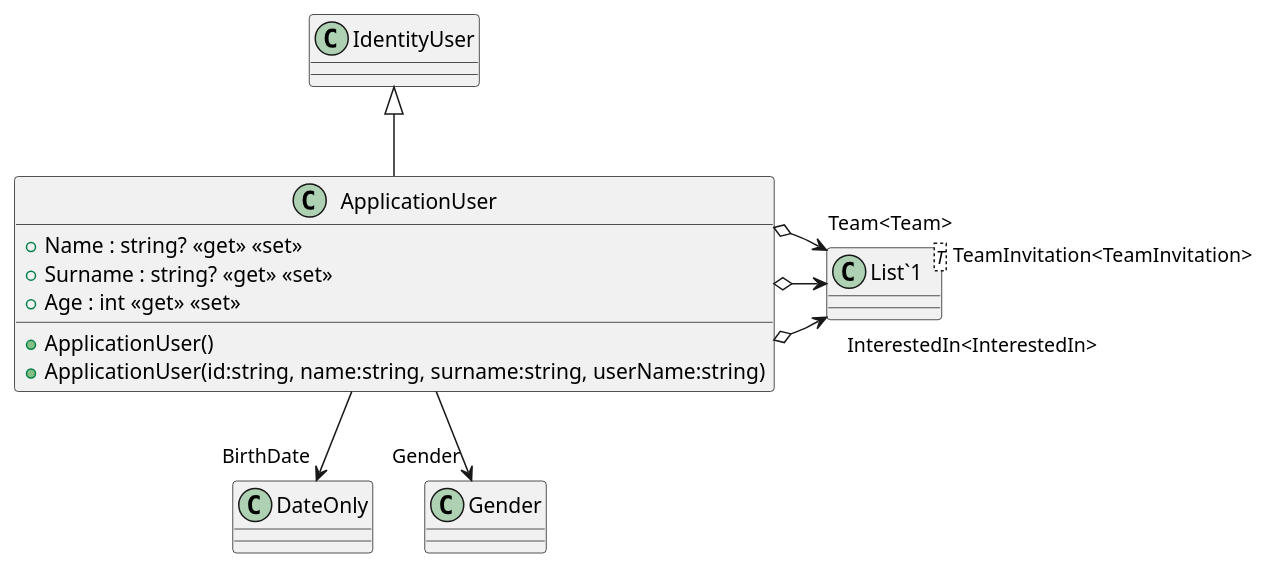
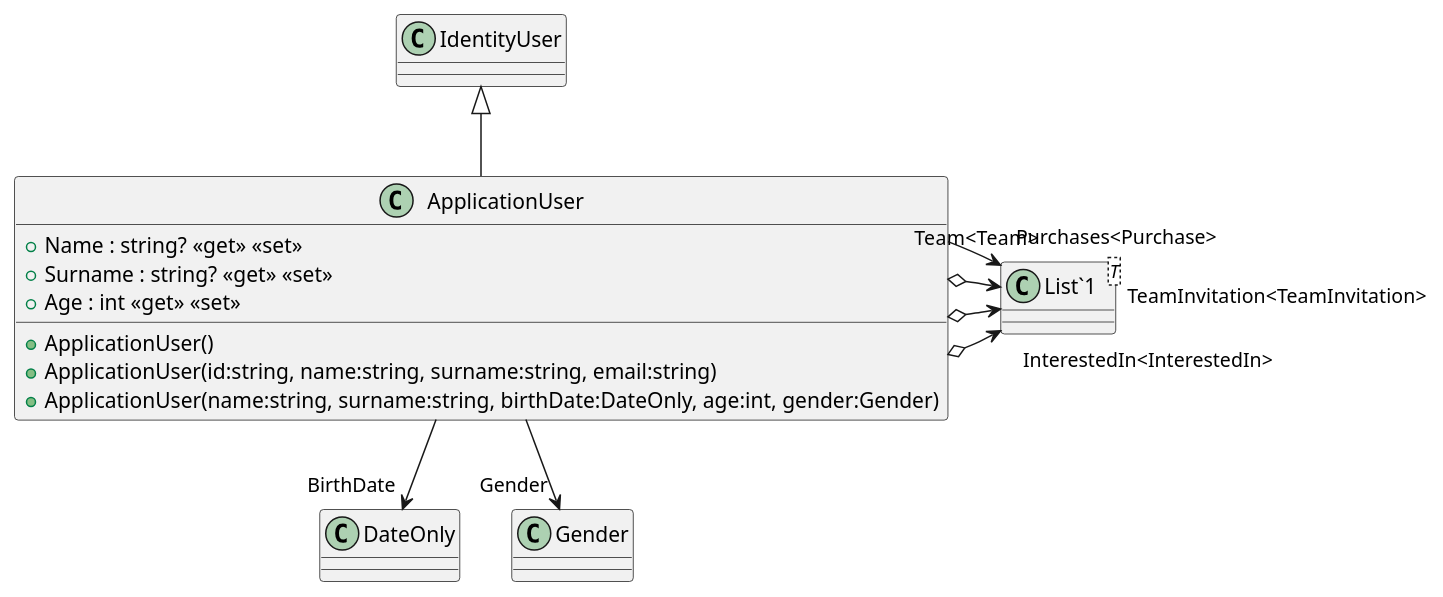
The diagram in src/AppForSEII.API/ClassDiagram/ApplicationUser.puml (SEII2627SEALLUAN/SEII2627SEALLUAN), drawn with PlantUML before and after one commit. The commit also changed 9 other files, not shown here.

```diff
--- a/src/AppForSEII.API/ClassDiagram/ApplicationUser.puml
+++ b/src/AppForSEII.API/ClassDiagram/ApplicationUser.puml
@@ -1,17 +1,19 @@
 @startuml
 class ApplicationUser {
     + ApplicationUser()
-    + ApplicationUser(id:string, name:string, surname:string, userName:string)
+    + ApplicationUser(id:string, name:string, surname:string, email:string)
+    + ApplicationUser(name:string, surname:string, birthDate:DateOnly, age:int, gender:Gender)
     + Name : string? <<get>> <<set>>
     + Surname : string? <<get>> <<set>>
     + Age : int <<get>> <<set>>
 }
 class "List`1"<T> {
 }
 IdentityUser <|-- ApplicationUser
 ApplicationUser --> "BirthDate" DateOnly
 ApplicationUser --> "Gender" Gender
 ApplicationUser o-> "InterestedIn<InterestedIn>" "List`1"
 ApplicationUser o-> "TeamInvitation<TeamInvitation>" "List`1"
 ApplicationUser o-> "Team<Team>" "List`1"
+ApplicationUser --> "Purchases<Purchase>" "List`1"
 @enduml
```
